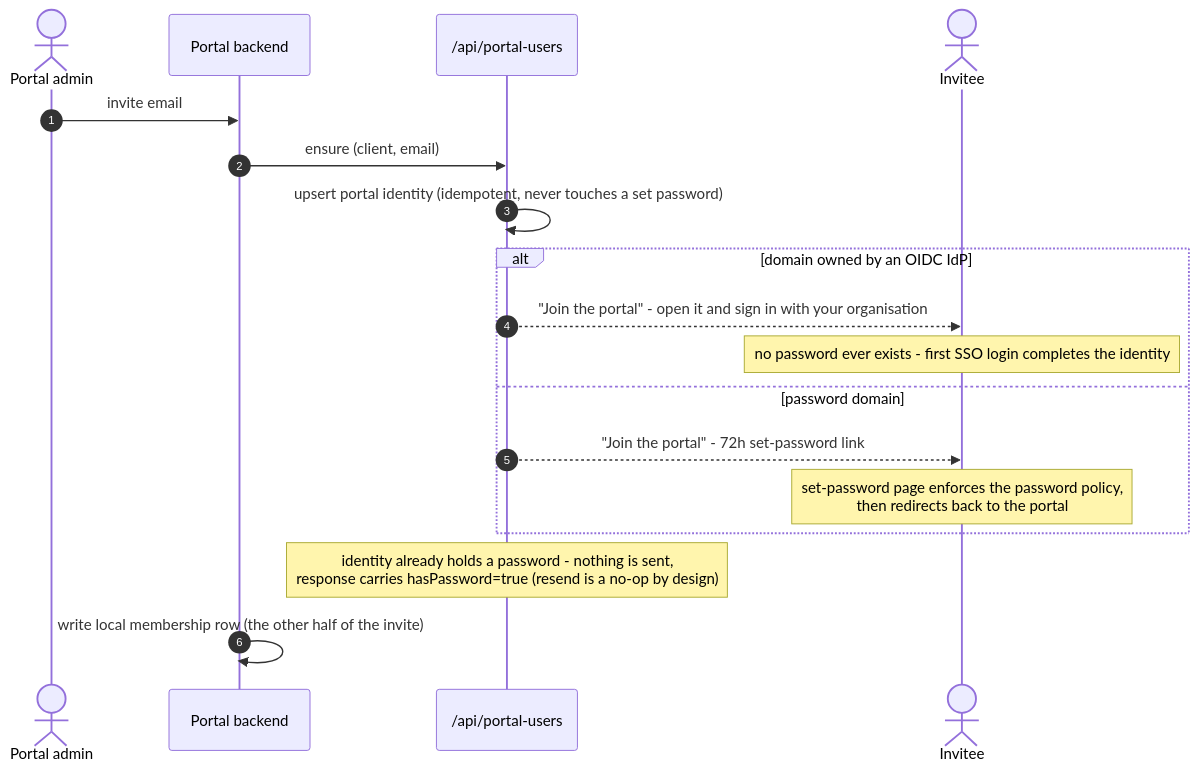
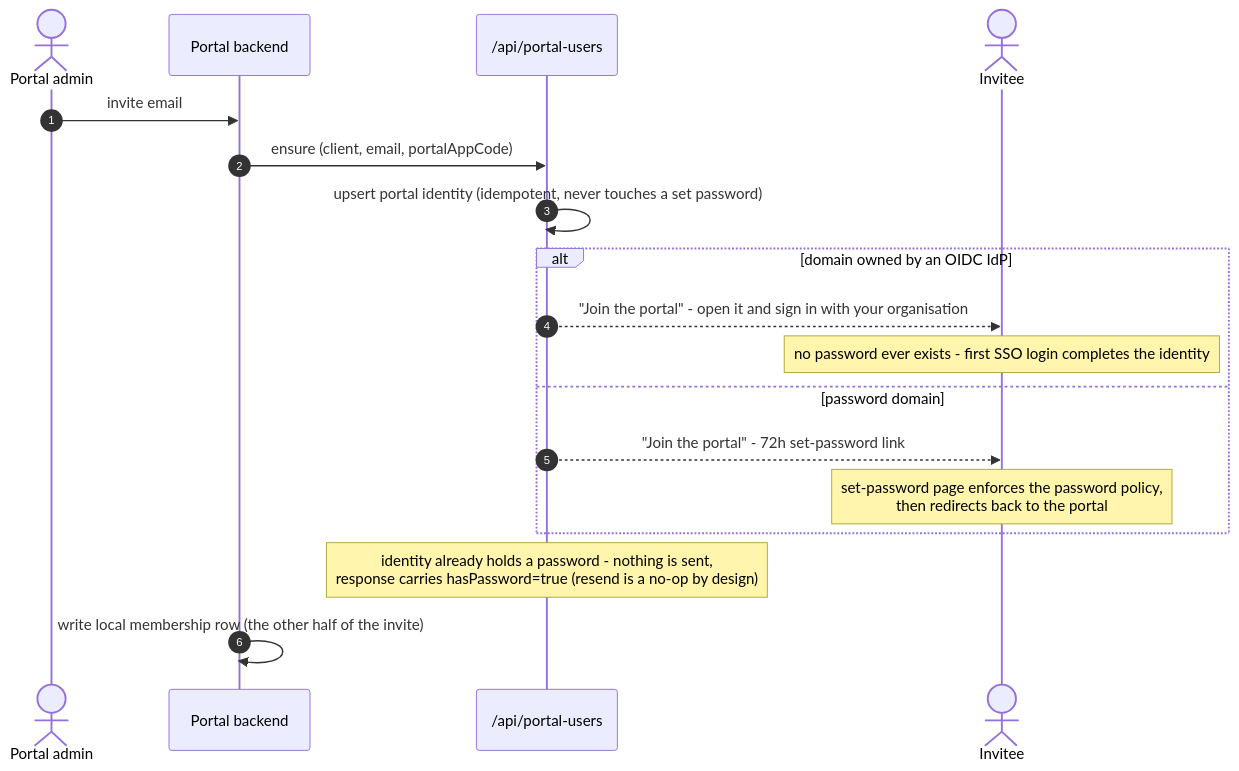
One commit to flowcatalyst/flowcatalyst-javalin changed the third of 4 diagrams in server/src/main/resources/docs/published/40-portal-users.md. Above: the diagram before and after it, drawn with Mermaid. The commit also changed other lines of this file and 395 other files, not shown here.

````diff
--- a/server/src/main/resources/docs/published/40-portal-users.md
+++ b/server/src/main/resources/docs/published/40-portal-users.md
@@ -119,21 +133,21 @@
 ```mermaid
 sequenceDiagram
     autonumber
     actor Admin as Portal admin
     participant App as Portal backend
     participant API as /api/portal-users
     actor Invitee
 
     Admin->>App: invite email
-    App->>API: ensure (client, email)
+    App->>API: ensure (client, email, portalAppCode)
     API->>API: upsert portal identity (idempotent, never touches a set password)
     alt domain owned by an OIDC IdP
         API-->>Invitee: "Join the portal" - open it and sign in with your organisation
         Note over Invitee: no password ever exists - first SSO login completes the identity
     else password domain
         API-->>Invitee: "Join the portal" - 72h set-password link
         Note over Invitee: set-password page enforces the password policy,<br/>then redirects back to the portal
     end
     Note over API: identity already holds a password - nothing is sent,<br/>response carries hasPassword=true (resend is a no-op by design)
     App->>App: write local membership row (the other half of the invite)
 ```
````
